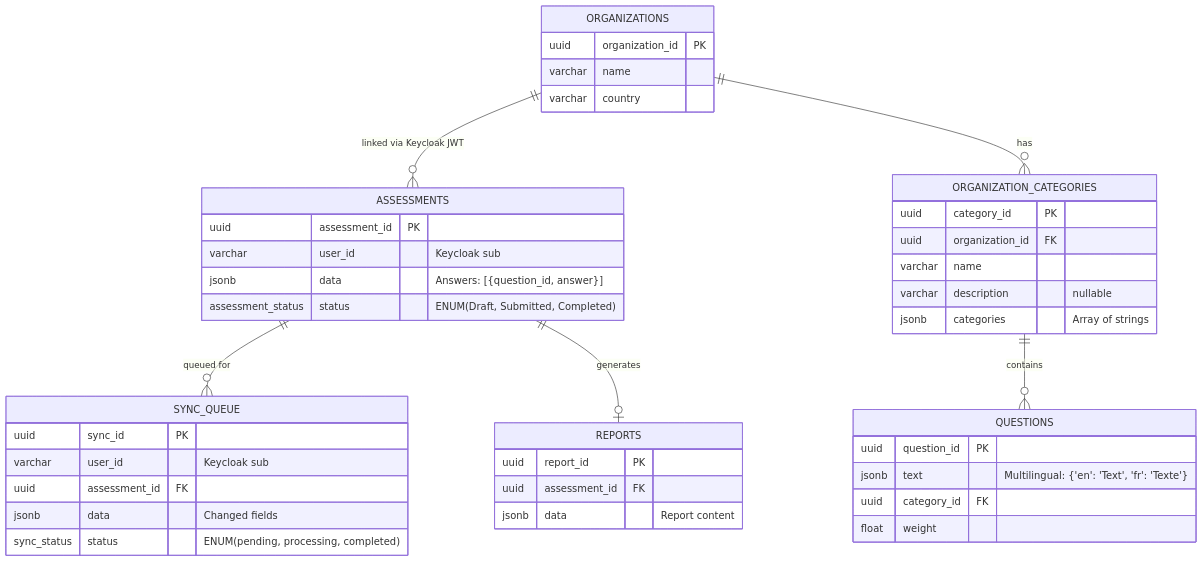
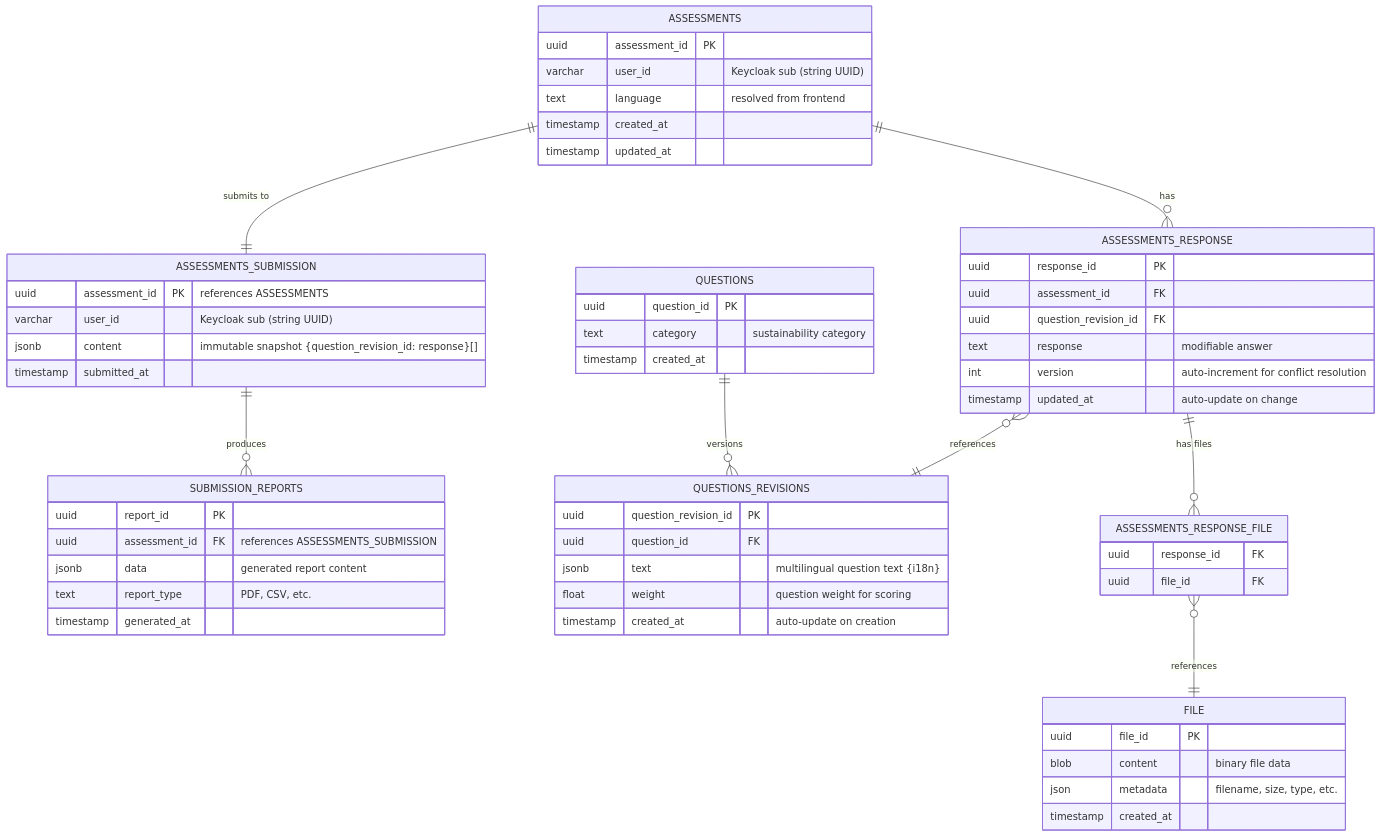
One commit to ADORSYS-GIS/DGAT-sustainability changed the fifth of 5 diagrams in docs/architecture/arc42.md. Above: the diagram before and after it, drawn with Mermaid. The commit also changed other lines of this file, not shown here.

Commit message:
fix(Docs): update Arc42 to reflect schema changes, removed SYNC_QUEUE, added version-based conflict resolution

````diff
--- a/docs/architecture/arc42.md
+++ b/docs/architecture/arc42.md
@@ -298,50 +299,68 @@
 ```mermaid
 erDiagram
-    ORGANIZATIONS ||--o{ ASSESSMENTS : "linked via Keycloak JWT"
-    ORGANIZATIONS ||--o{ ORGANIZATION_CATEGORIES : "has"
-    ORGANIZATION_CATEGORIES ||--o{ QUESTIONS : "contains"
-    ASSESSMENTS ||--o{ SYNC_QUEUE : "queued for"
-    ASSESSMENTS ||--o| REPORTS : "generates"
-
-    ORGANIZATIONS {
-        uuid organization_id PK
-        varchar name
-        varchar country
-    }
+    ASSESSMENTS ||--o{ ASSESSMENTS_RESPONSE : "has"
+    ASSESSMENTS ||--|| ASSESSMENTS_SUBMISSION : "submits to"
+    ASSESSMENTS_SUBMISSION ||--o{ SUBMISSION_REPORTS : "produces"
+    QUESTIONS ||--o{ QUESTIONS_REVISIONS : "versions"
+    ASSESSMENTS_RESPONSE }o--|| QUESTIONS_REVISIONS : "references"
+    ASSESSMENTS_RESPONSE ||--o{ ASSESSMENTS_RESPONSE_FILE : "has files"
+    ASSESSMENTS_RESPONSE_FILE }o--|| FILE : "references"
 
     ASSESSMENTS {
         uuid assessment_id PK
-        varchar user_id "Keycloak sub"
-        jsonb data "Answers: [{question_id, answer}]"
-        assessment_status status "ENUM(Draft, Submitted, Completed)"
+        varchar user_id "Keycloak sub (string UUID)"
+        text language "resolved from frontend"
+        timestamp created_at
+        timestamp updated_at
     }
 
-    ORGANIZATION_CATEGORIES {
-        uuid category_id PK
-        uuid organization_id FK
-        varchar name
-        varchar description "nullable"
-        jsonb categories "Array of strings"
+    ASSESSMENTS_RESPONSE {
+        uuid response_id PK
+        uuid assessment_id FK
+        uuid question_revision_id FK
+        text response "modifiable answer"
+        int version "auto-increment for conflict resolution"
+        timestamp updated_at "auto-update on change"
+    }
+
+    ASSESSMENTS_RESPONSE_FILE {
+        uuid response_id FK
+        uuid file_id FK
+    }
+
+    ASSESSMENTS_SUBMISSION {
+        uuid assessment_id PK "references ASSESSMENTS"
+        varchar user_id "Keycloak sub (string UUID)"
+        jsonb content "immutable snapshot {question_revision_id: response}[]"
+        timestamp submitted_at
+    }
+
+    FILE {
+        uuid file_id PK
+        blob content "binary file data"
+        json metadata "filename, size, type, etc."
+        timestamp created_at
     }
 
     QUESTIONS {
         uuid question_id PK
-        jsonb text "Multilingual: {'en': 'Text', 'fr': 'Texte'}"
-        uuid category_id FK
-        float weight
+        text category "sustainability category"
+        timestamp created_at
     }
 
-    SYNC_QUEUE {
-        uuid sync_id PK
-        varchar user_id "Keycloak sub"
-        uuid assessment_id FK
-        jsonb data "Changed fields"
-        sync_status status "ENUM(pending, processing, completed)"
+    QUESTIONS_REVISIONS {
+        uuid question_revision_id PK
+        uuid question_id FK
+        jsonb text "multilingual question text {i18n}"
+        float weight "question weight for scoring"
+        timestamp created_at "auto-update on creation"
     }
 
-    REPORTS {
+    SUBMISSION_REPORTS {
         uuid report_id PK
-        uuid assessment_id FK
-        jsonb data "Report content"
+        uuid assessment_id FK "references ASSESSMENTS_SUBMISSION"
+        jsonb data "generated report content"
+        text report_type "PDF, CSV, etc."
+        timestamp generated_at
     }
 ```
````
